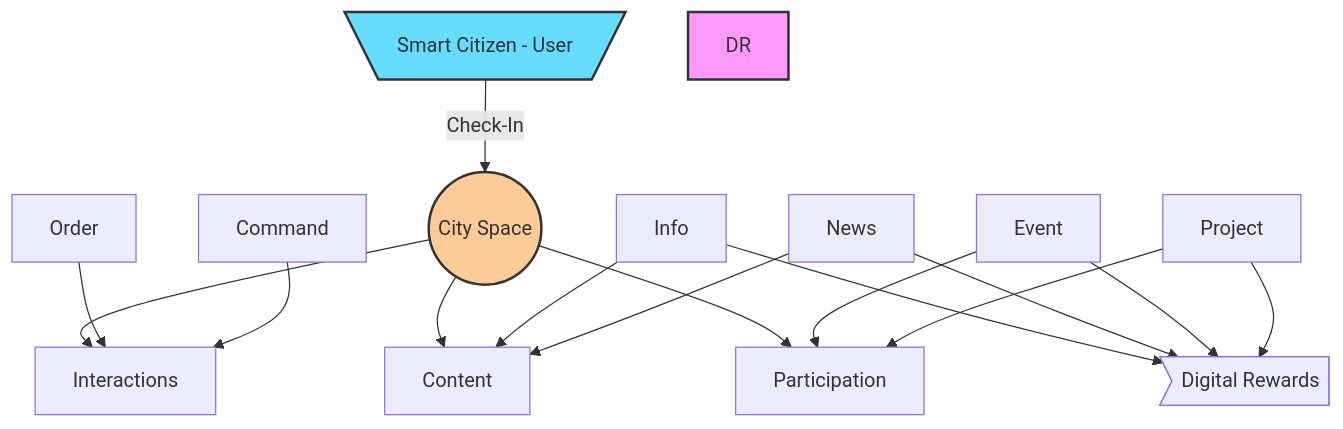
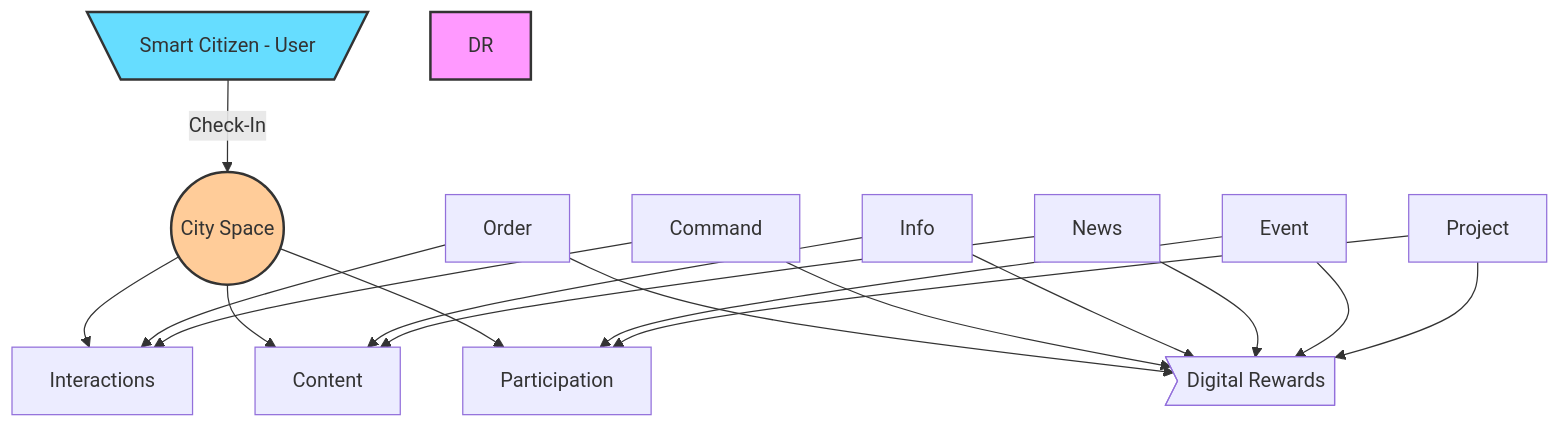
Before and after one commit to cityos-work/cityos-dev: the second of 2 diagrams in pages/elements/city-spaces.md, drawn with Mermaid.

````diff
--- a/pages/elements/city-spaces.md
+++ b/pages/elements/city-spaces.md
@@ -33,23 +33,25 @@
 ```mermaid
 graph TB;
     U[\Smart Citizen - User/]-- Check-In -->CS((City Space));
     CS-->CSI[Interactions];
     CS-->CSC[Content];
     CS-->CSP[Participation];
     
     ORDER[Order]-->CSI;
     COMMAND[Command]-->CSI;
     INFO[Info]-->CSC;
     NEWS[News]-->CSC;
     EVENT[Event]-->CSP;
     PROJECT[Project]-->CSP;
-    INFO-->REWARD>Digital Rewards];
+    ORDER-->REWARD>Digital Rewards];
+    COMMAND-->REWARD;
+    INFO-->REWARD;
     NEWS-->REWARD;
     EVENT-->REWARD;
     PROJECT-->REWARD;
     
     
     style U fill:#6df,stroke:#333,stroke-width:2px
     style CS fill:#fc9,stroke:#333,stroke-width:2px
     style DR fill:#f9f,stroke:#333,stroke-width:2px
 ```
````
